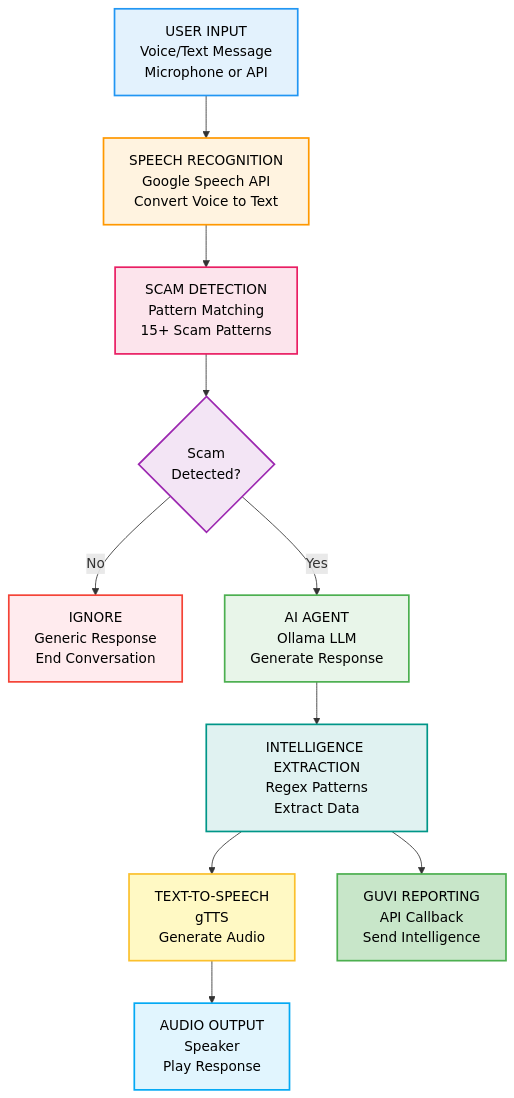
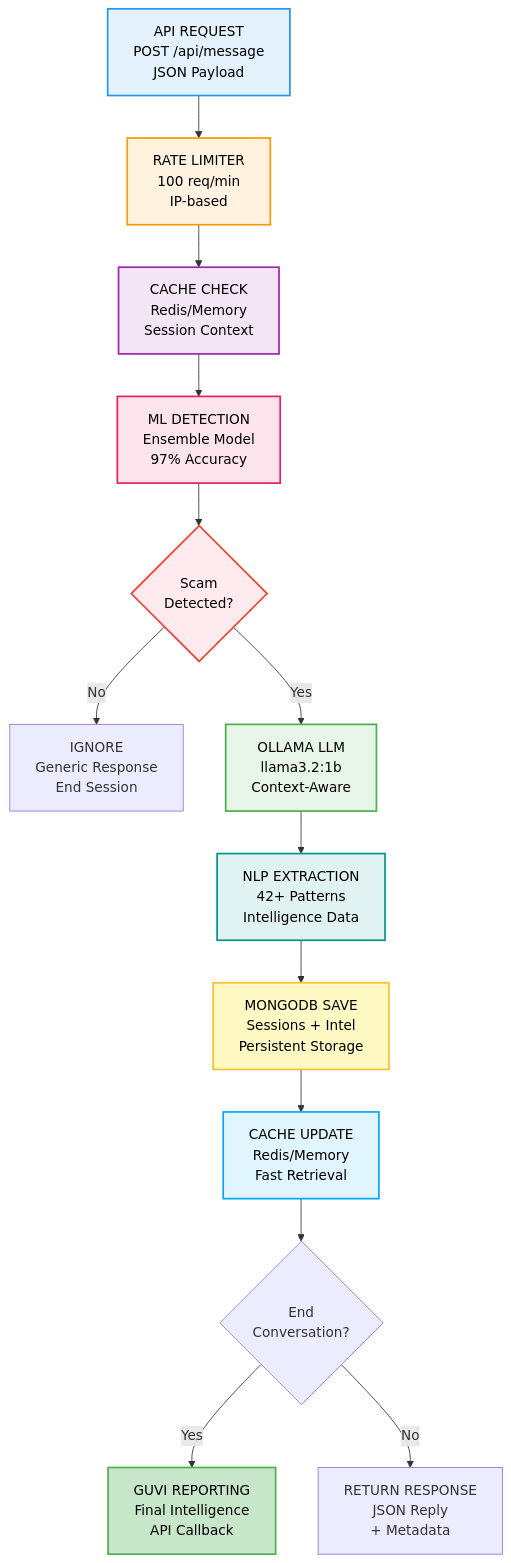
One commit to AbhishekGiri04/DECOY.ONE changed the diagram in README.md. Above: the diagram before and after it, drawn with Mermaid. The commit also changed other lines of this file and 27 other files, not shown here.

Commit message:
Update: AI-powered honeypot system with Ollama LLM, ML detection, and GUVI integration

````diff
--- a/README.md
+++ b/README.md
@@ -101,23 +105,26 @@
 ```mermaid
 graph TD
-    A["USER INPUT<br/>Voice/Text Message<br/>Microphone or API"] --> B["SPEECH RECOGNITION<br/>Google Speech API<br/>Convert Voice to Text"]
-    B --> C["SCAM DETECTION<br/>Pattern Matching<br/>15+ Scam Patterns"]
-    C --> D{"Scam<br/>Detected?"}
-    D -->|No| E["IGNORE<br/>Generic Response<br/>End Conversation"]
-    D -->|Yes| F["AI AGENT<br/>Ollama LLM<br/>Generate Response"]
-    F --> G["INTELLIGENCE EXTRACTION<br/>Regex Patterns<br/>Extract Data"]
-    G --> H["TEXT-TO-SPEECH<br/>gTTS<br/>Generate Audio"]
-    H --> I["AUDIO OUTPUT<br/>Speaker<br/>Play Response"]
-    G --> J["GUVI REPORTING<br/>API Callback<br/>Send Intelligence"]
+    A["API REQUEST<br/>POST /api/message<br/>JSON Payload"] --> B["RATE LIMITER<br/>100 req/min<br/>IP-based"]
+    B --> C["CACHE CHECK<br/>Redis/Memory<br/>Session Context"]
+    C --> D["ML DETECTION<br/>Ensemble Model<br/>97% Accuracy"]
+    D --> E{"Scam<br/>Detected?"}
+    E -->|No| F["IGNORE<br/>Generic Response<br/>End Session"]
+    E -->|Yes| G["OLLAMA LLM<br/>llama3.2:1b<br/>Context-Aware"]
+    G --> H["NLP EXTRACTION<br/>42+ Patterns<br/>Intelligence Data"]
+    H --> I["MONGODB SAVE<br/>Sessions + Intel<br/>Persistent Storage"]
+    I --> J["CACHE UPDATE<br/>Redis/Memory<br/>Fast Retrieval"]
+    J --> K{"End<br/>Conversation?"}
+    K -->|Yes| L["GUVI REPORTING<br/>Final Intelligence<br/>API Callback"]
+    K -->|No| M["RETURN RESPONSE<br/>JSON Reply<br/>+ Metadata"]
     
     style A fill:#E3F2FD,stroke:#2196F3,stroke-width:2px,color:#000
     style B fill:#FFF3E0,stroke:#FF9800,stroke-width:2px,color:#000
-    style C fill:#FCE4EC,stroke:#E91E63,stroke-width:2px,color:#000
-    style D fill:#F3E5F5,stroke:#9C27B0,stroke-width:2px,color:#000
+    style C fill:#F3E5F5,stroke:#9C27B0,stroke-width:2px,color:#000
+    style D fill:#FCE4EC,stroke:#E91E63,stroke-width:2px,color:#000
     style E fill:#FFEBEE,stroke:#F44336,stroke-width:2px,color:#000
-    style F fill:#E8F5E9,stroke:#4CAF50,stroke-width:2px,color:#000
-    style G fill:#E0F2F1,stroke:#009688,stroke-width:2px,color:#000
-    style H fill:#FFF9C4,stroke:#FBC02D,stroke-width:2px,color:#000
-    style I fill:#E1F5FE,stroke:#03A9F4,stroke-width:2px,color:#000
-    style J fill:#C8E6C9,stroke:#4CAF50,stroke-width:2px,color:#000
+    style G fill:#E8F5E9,stroke:#4CAF50,stroke-width:2px,color:#000
+    style H fill:#E0F2F1,stroke:#009688,stroke-width:2px,color:#000
+    style I fill:#FFF9C4,stroke:#FBC02D,stroke-width:2px,color:#000
+    style J fill:#E1F5FE,stroke:#03A9F4,stroke-width:2px,color:#000
+    style L fill:#C8E6C9,stroke:#4CAF50,stroke-width:2px,color:#000
 ```
````
